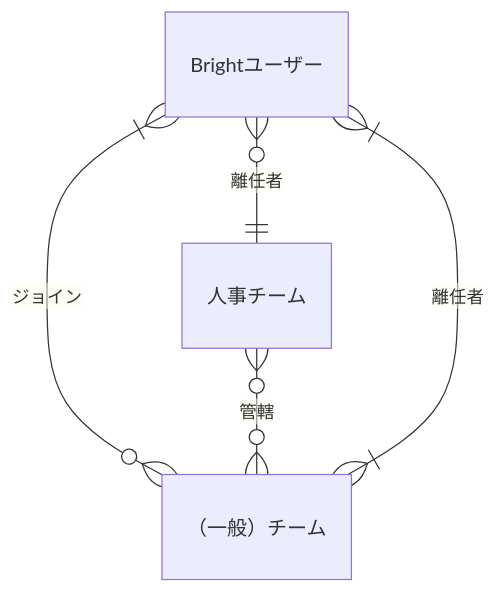
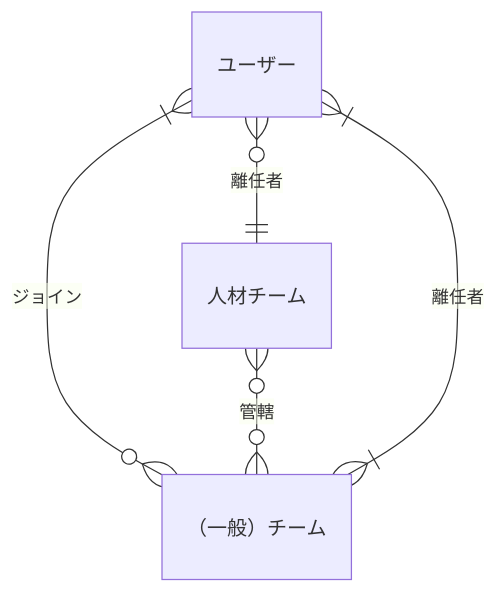
One commit to bright-org/bright changed the seventh of 11 diagrams in docs/conceptual_schemas/users.md. Above: the diagram before and after it, drawn with Mermaid. The commit also changed other lines of this file, not shown here.

````diff
--- a/docs/conceptual_schemas/users.md
+++ b/docs/conceptual_schemas/users.md
@@ -100,7 +94,7 @@
 ```mermaid
 erDiagram
-  "Brightユーザー"}o--||"人事チーム" : "離任者"
-  "Brightユーザー"}|--o{"（一般）チーム" : "ジョイン"
-  "人事チーム"}o--o{"（一般）チーム" : "管轄"
-  "Brightユーザー"}|--|{"（一般）チーム" : "離任者"
+  "ユーザー"}o--||"人材チーム" : "離任者"
+  "ユーザー"}|--o{"（一般）チーム" : "ジョイン"
+  "人材チーム"}o--o{"（一般）チーム" : "管轄"
+  "ユーザー"}|--|{"（一般）チーム" : "離任者"
 ```
````
